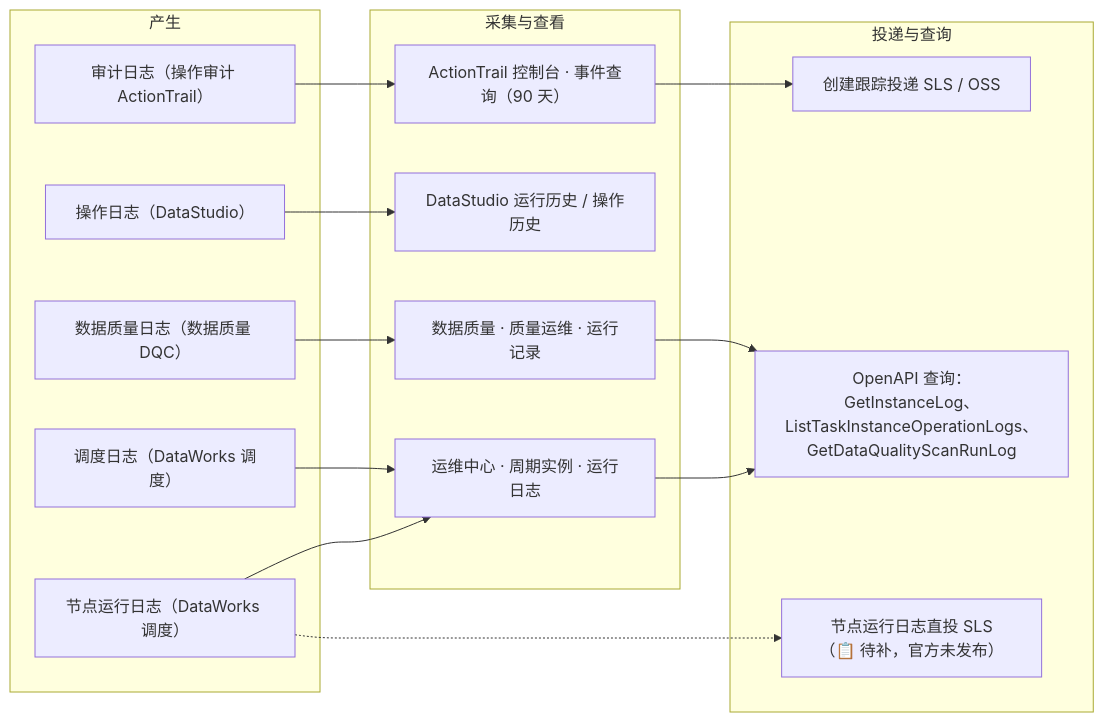
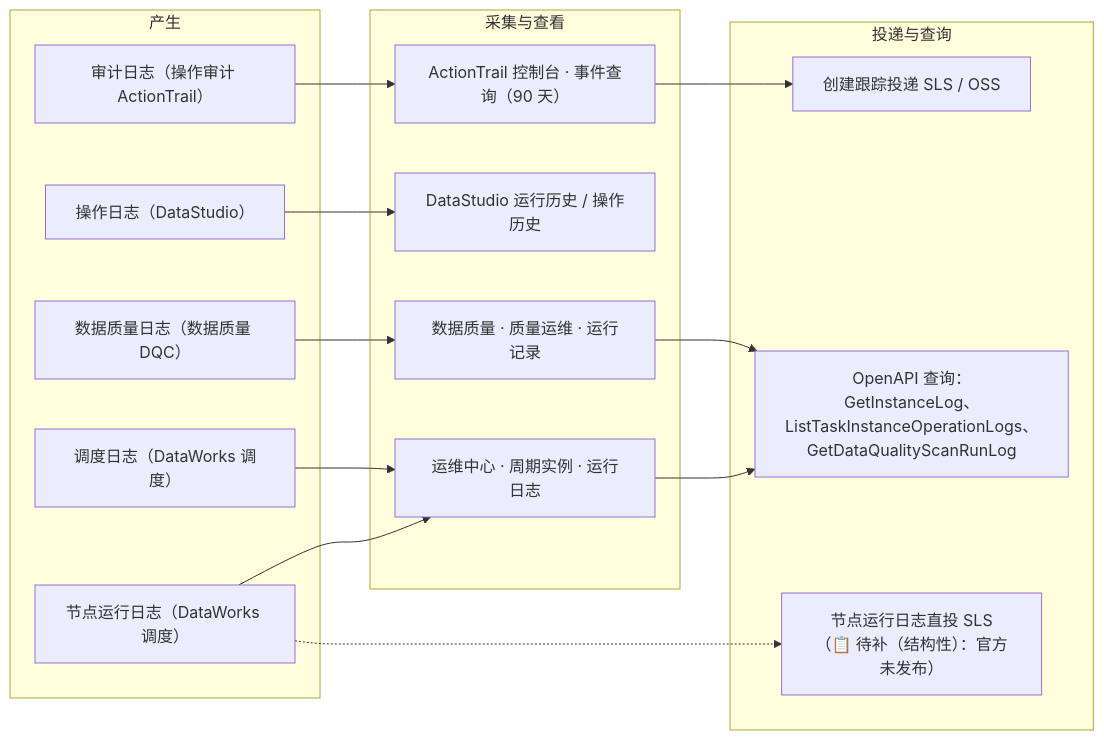
The diagram in products/dataworks/08-日志与审计.md (kudig-io/checky), drawn with Mermaid before and after one commit. The commit also changed other lines of this file and 103 other files, not shown here.

````diff
--- a/products/dataworks/08-日志与审计.md
+++ b/products/dataworks/08-日志与审计.md
@@ -7,30 +7,30 @@
 ```mermaid
 flowchart LR
   subgraph S1["产生"]
     A1["节点运行日志（DataWorks 调度）"]
     A2["调度日志（DataWorks 调度）"]
     A3["数据质量日志（数据质量 DQC）"]
     A4["操作日志（DataStudio）"]
     A5["审计日志（操作审计 ActionTrail）"]
   end
   subgraph S2["采集与查看"]
     B1["运维中心 · 周期实例 · 运行日志"]
     B2["DataStudio 运行历史 / 操作历史"]
     B3["数据质量 · 质量运维 · 运行记录"]
     B4["ActionTrail 控制台 · 事件查询（90 天）"]
   end
   subgraph S3["投递与查询"]
     C1["创建跟踪投递 SLS / OSS"]
     C2["OpenAPI 查询：GetInstanceLog、ListTaskInstanceOperationLogs、GetDataQualityScanRunLog"]
-    C3["节点运行日志直投 SLS（📋 待补，官方未发布）"]
+    C3["节点运行日志直投 SLS（📋 待补（结构性）：官方未发布）"]
   end
   A1 --> B1
   A2 --> B1
   A3 --> B3
   A4 --> B2
   A5 --> B4
   B1 --> C2
   B3 --> C2
   B4 --> C1
   A1 -.-> C3
 ```
````
